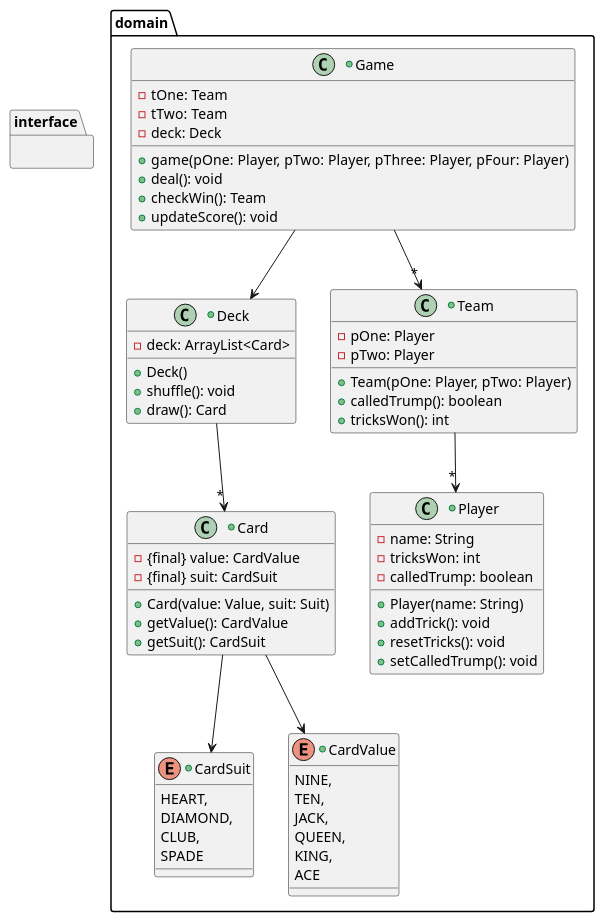
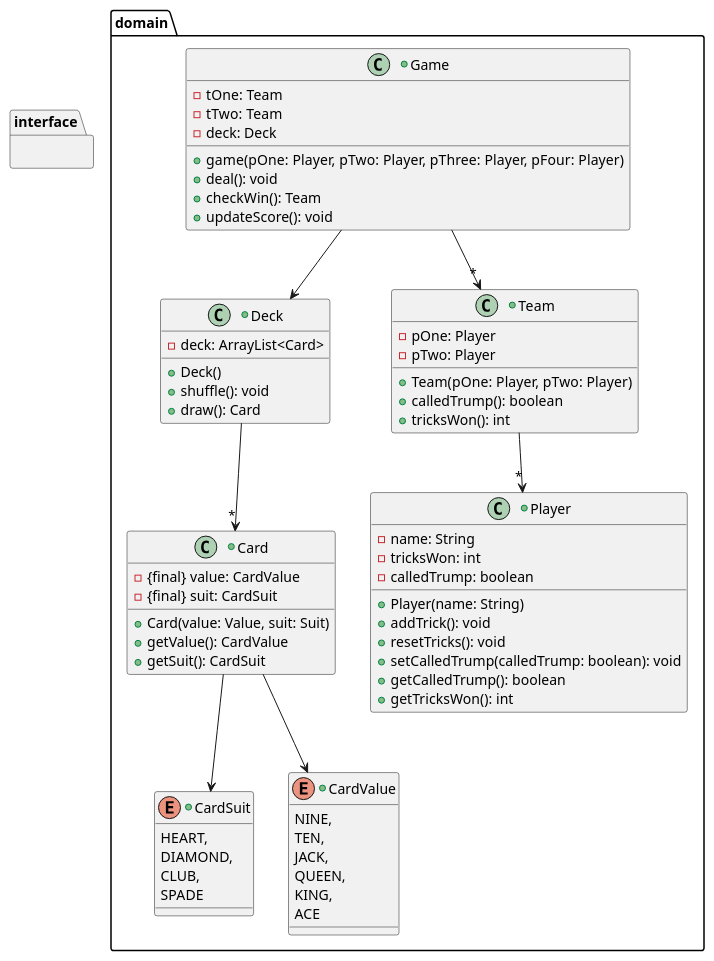
One commit to nu-cs-sw-design/project-20252601-nic_396_fp changed the diagram in docs/design/design.puml. Above: the diagram before and after it, drawn with PlantUML.

Commit message:
augmented player portion of design

```diff
--- a/docs/design/design.puml
+++ b/docs/design/design.puml
@@ -1,80 +1,82 @@
 @startuml
 package domain {
     +class Deck {
         -deck: ArrayList<Card>
 
         +Deck()
         +shuffle(): void
         +draw(): Card
     }
 
     +class Card {
         -{final} value: CardValue
         -{final} suit: CardSuit
 
         +Card(value: Value, suit: Suit)
         +getValue(): CardValue
         +getSuit(): CardSuit
     }
 
     +enum CardSuit {
         HEART,
         DIAMOND,
         CLUB,
         SPADE
     }
     +enum CardValue {
         NINE,
         TEN,
         JACK,
         QUEEN,
         KING,
         ACE
     }
 
     +class Game {
         -tOne: Team
         -tTwo: Team
         -deck: Deck
 
         +game(pOne: Player, pTwo: Player, pThree: Player, pFour: Player)
         +deal(): void
         +checkWin(): Team
         +updateScore(): void
     }
 
     +class Team {
         -pOne: Player
         -pTwo: Player
 
         +Team(pOne: Player, pTwo: Player)
         +calledTrump(): boolean
         +tricksWon(): int
 
     }
 
     +class Player {
         -name: String
         -tricksWon: int
         -calledTrump: boolean
 
         +Player(name: String)
         +addTrick(): void
         +resetTricks(): void
-        +setCalledTrump(): void
+        +setCalledTrump(calledTrump: boolean): void
+        +getCalledTrump(): boolean
+        +getTricksWon(): int
 
     }
 }
 package interface {
 
 }
 
 Deck --> "*" Card
 Card --> CardSuit
 Card --> CardValue
 Game --> "*" Team
 Game --> Deck
 Team --> "*" Player
 
 
 @enduml
```
